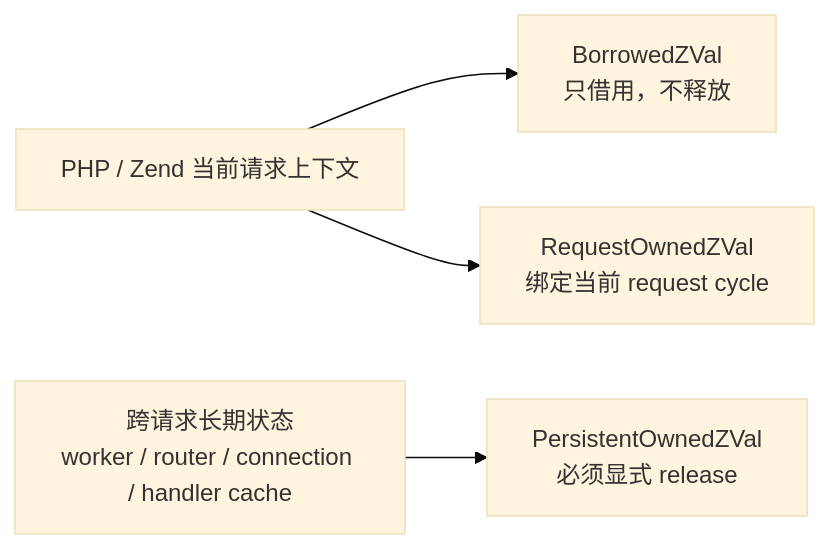
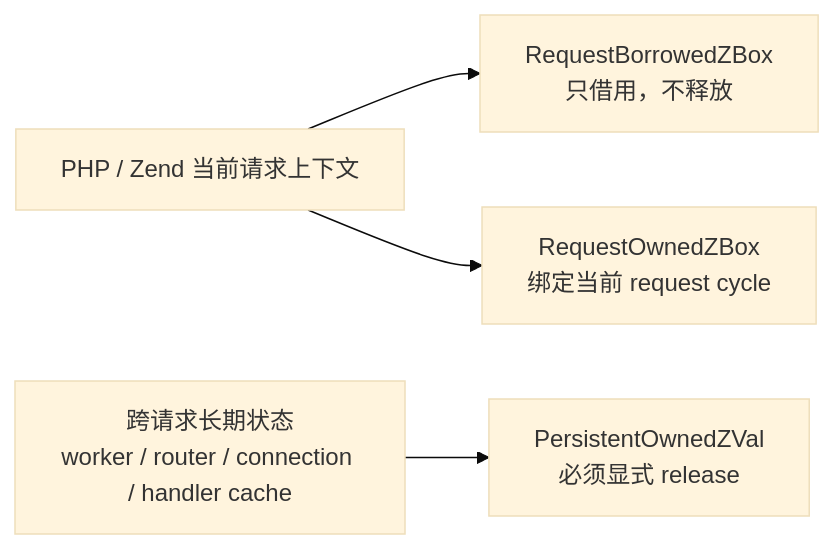
The second of 3 diagrams in vphp/docs/lifecycle_model.md (guweigang/vphpx), drawn with Mermaid (base theme) before and after one commit. The commit also changed other lines of this file and 66 other files, not shown here.

````diff
--- a/vphp/docs/lifecycle_model.md
+++ b/vphp/docs/lifecycle_model.md
@@ -129,6 +130,6 @@
 ```mermaid
 flowchart LR
-    A["PHP / Zend 当前请求上下文"] --> B["BorrowedZVal<br/>只借用，不释放"]
-    A --> C["RequestOwnedZVal<br/>绑定当前 request cycle"]
+    A["PHP / Zend 当前请求上下文"] --> B["RequestBorrowedZBox<br/>只借用，不释放"]
+    A --> C["RequestOwnedZBox<br/>绑定当前 request cycle"]
     D["跨请求长期状态<br/>worker / router / connection / handler cache"] --> E["PersistentOwnedZVal<br/>必须显式 release"]
 ```
````
